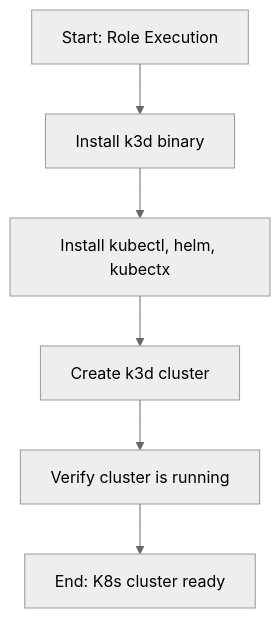
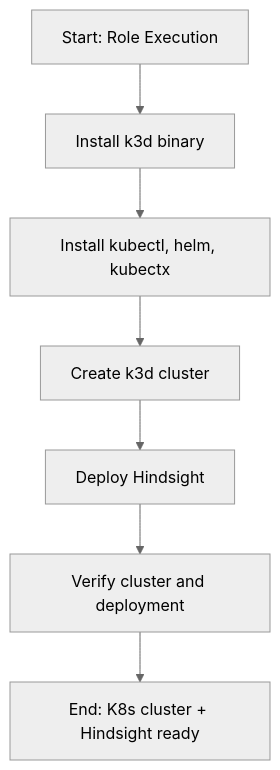
Before and after one commit to on3iropolos/gnome-network-ansible: the diagram in roles/kubernetes/README.md, drawn with Mermaid (neutral theme). The commit also changed other lines of this file and 40 other files, not shown here.

````diff
--- a/roles/kubernetes/README.md
+++ b/roles/kubernetes/README.md
@@ -7,8 +7,9 @@
 ```mermaid
 graph TD
     A[Start: Role Execution] --> B[Install k3d binary];
     B --> C[Install kubectl, helm, kubectx];
     C --> D[Create k3d cluster];
-    D --> E[Verify cluster is running];
-    E --> F[End: K8s cluster ready];
+    D --> E[Deploy Hindsight];
+    E --> F[Verify cluster and deployment];
+    F --> G[End: K8s cluster + Hindsight ready];
 ```
````
